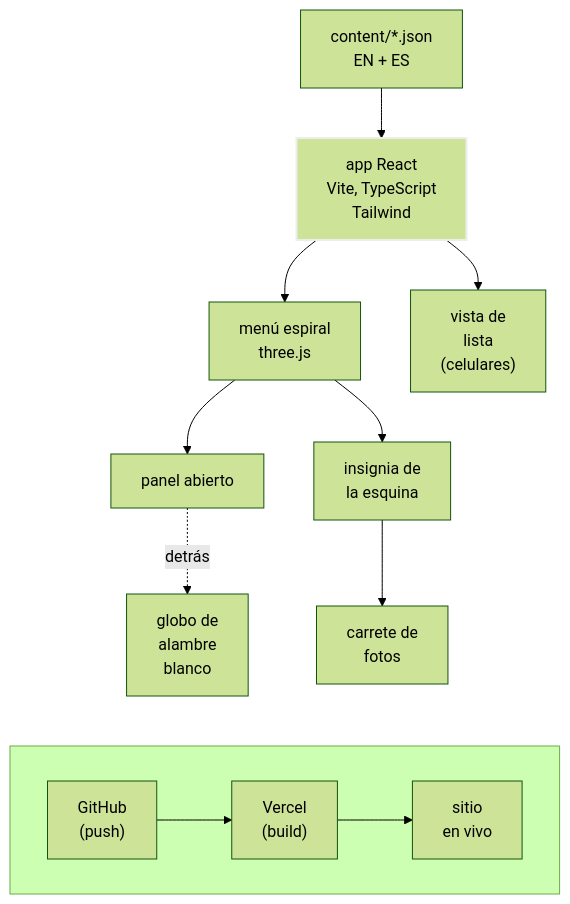
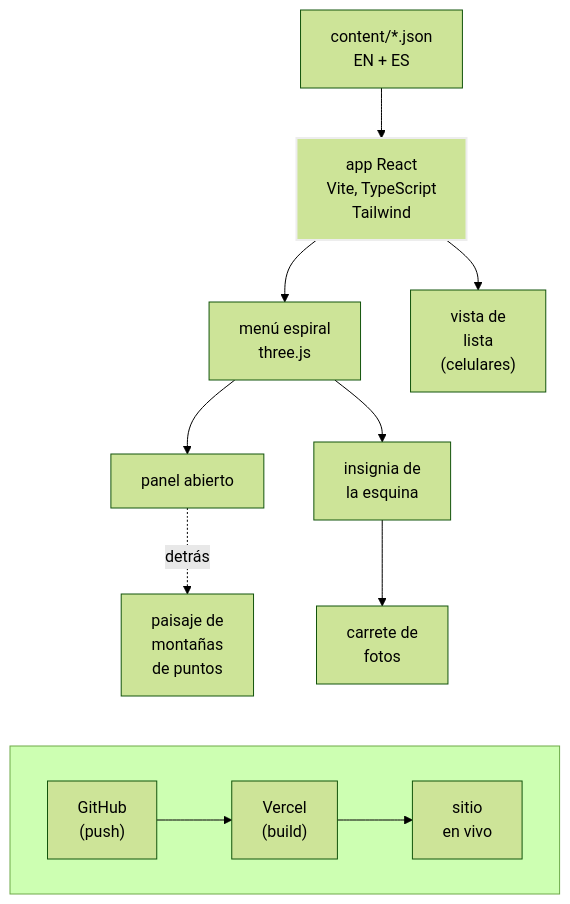
Before and after one commit to orinvernizzi/Portfolio: the diagram in tools/project-diagrams/mermaid/portfolio.es.mmd, drawn with Mermaid (forest theme). The commit also changed 35 other files, not shown here.

```diff
--- a/tools/project-diagrams/mermaid/portfolio.es.mmd
+++ b/tools/project-diagrams/mermaid/portfolio.es.mmd
@@ -1,24 +1,24 @@
 %% Como funciona este sitio: los archivos de contenido alimentan una app React; un push a GitHub hace que Vercel construya el sitio en vivo.
 flowchart TD
   J["content/*.json<br/>EN + ES"]
   R["app React<br/>Vite, TypeScript<br/>Tailwind"]
   SP["menú espiral<br/>three.js"]
   LV["vista de<br/>lista<br/>(celulares)"]
   P["panel abierto"]
-  GL["globo de<br/>alambre<br/>blanco"]
+  GL["paisaje de<br/>montañas<br/>de puntos"]
   B["insignia de<br/>la esquina"]
   PR["carrete de<br/>fotos"]
   subgraph DEP[" "]
     direction LR
     GH["GitHub<br/>(push)"] --> V["Vercel<br/>(build)"] --> L["sitio<br/>en vivo"]
   end
   J --> R
   R --> SP
   R --> LV
   SP --> P
   P -.->|detrás| GL
   SP --> B --> PR
   GL ~~~ DEP
   PR ~~~ DEP
   classDef top stroke:#ededed,stroke-width:2px
   class R top
```
